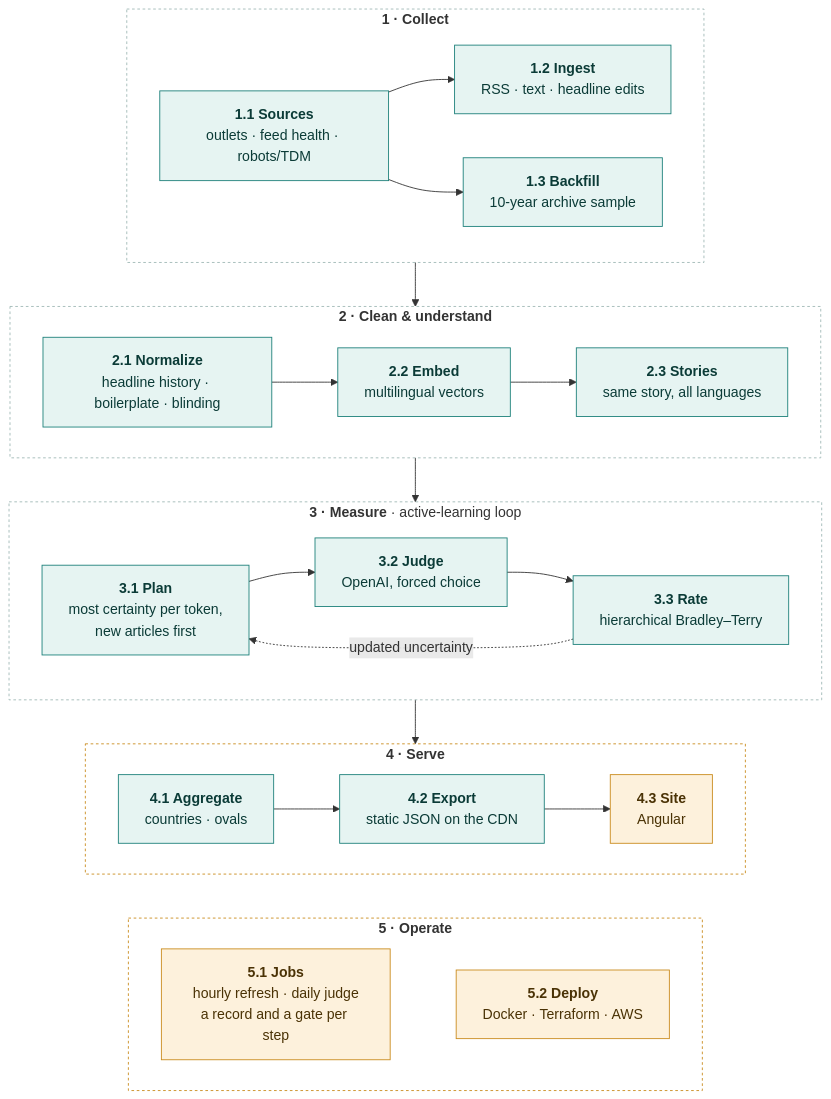
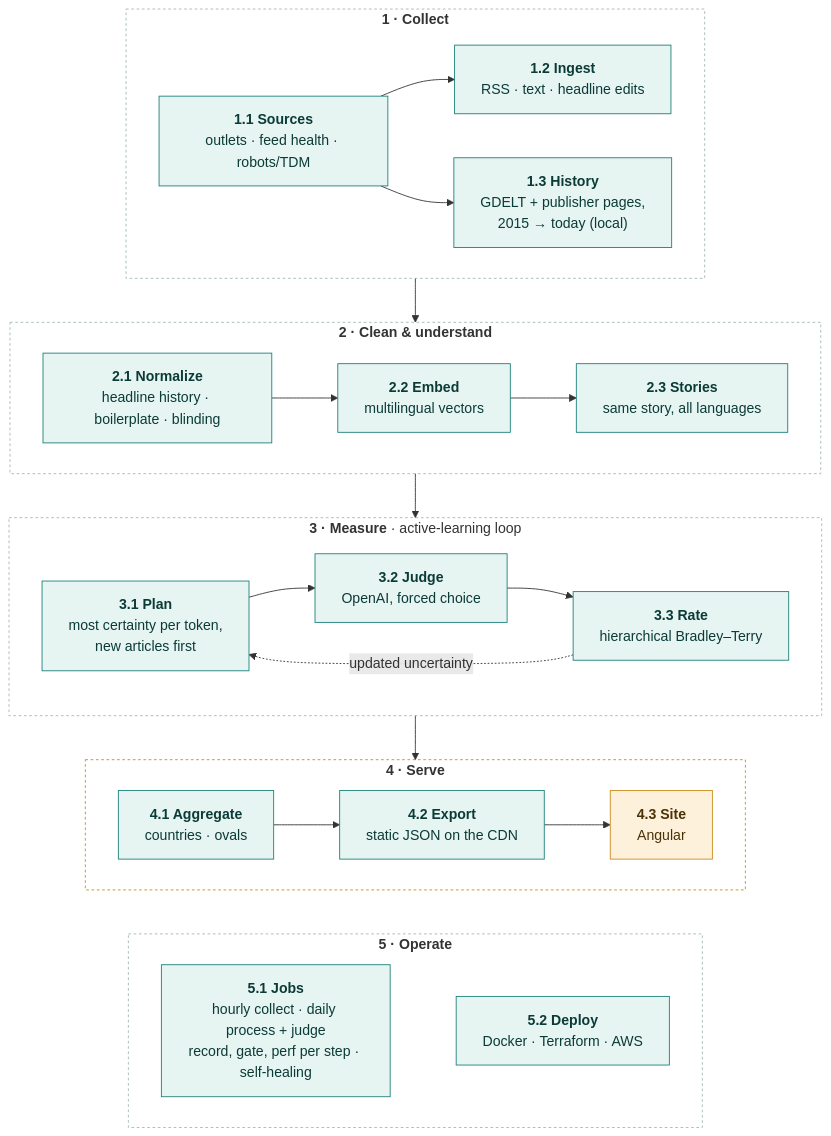
Before and after one commit to axelsolhall/BasedNews: the diagram in README.md, drawn with Mermaid. The commit also changed other lines of this file and 48 other files, not shown here.

````diff
--- a/README.md
+++ b/README.md
@@ -31,38 +32,38 @@
 ```mermaid
 flowchart TB
   subgraph S1["<b>1 · Collect</b>"]
     direction LR
     s11["<b>1.1 Sources</b><br/>outlets · feed health · robots/TDM"] --> s12["<b>1.2 Ingest</b><br/>RSS · text · headline edits"]
-    s11 --> s13["<b>1.3 Backfill</b><br/>10-year archive sample"]
+    s11 --> s13["<b>1.3 History</b><br/>GDELT + publisher pages,<br/>2015 → today (local)"]
   end
   subgraph S2["<b>2 · Clean & understand</b>"]
     direction LR
     s21["<b>2.1 Normalize</b><br/>headline history · boilerplate · blinding"] --> s22["<b>2.2 Embed</b><br/>multilingual vectors"] --> s23["<b>2.3 Stories</b><br/>same story, all languages"]
   end
   subgraph S3["<b>3 · Measure</b> · active-learning loop"]
     direction LR
     s31["<b>3.1 Plan</b><br/>most certainty per token,<br/>new articles first"] --> s32["<b>3.2 Judge</b><br/>OpenAI, forced choice"] --> s33["<b>3.3 Rate</b><br/>hierarchical Bradley–Terry"]
     s33 -. updated uncertainty .-> s31
   end
   subgraph S4["<b>4 · Serve</b>"]
     direction LR
     s41["<b>4.1 Aggregate</b><br/>countries · ovals"] --> s42["<b>4.2 Export</b><br/>static JSON on the CDN"] --> s43["<b>4.3 Site</b><br/>Angular"]
   end
   subgraph S5["<b>5 · Operate</b>"]
     direction LR
-    s51["<b>5.1 Jobs</b><br/>hourly refresh · daily judge<br/>a record and a gate per step"] ~~~ s52["<b>5.2 Deploy</b><br/>Docker · Terraform · AWS"]
+    s51["<b>5.1 Jobs</b><br/>hourly collect · daily process + judge<br/>record, gate, perf per step · self-healing"] ~~~ s52["<b>5.2 Deploy</b><br/>Docker · Terraform · AWS"]
   end
   S1 --> S2 --> S3 --> S4
   S4 ~~~ S5
 
   classDef real fill:#e6f4f2,stroke:#1b7f79,stroke-width:1px,color:#0b3b37
   classDef sim fill:#fdf1dc,stroke:#c98a1b,stroke-width:1px,color:#4a3205
   classDef todo fill:#f4f4f4,stroke:#8a8a8a,stroke-width:1px,stroke-dasharray:4 3,color:#555
-  class s11,s12,s13,s21,s22,s23,s31,s32,s33,s41,s42 real
-  class s43,s51,s52 sim
+  class s11,s12,s13,s21,s22,s23,s31,s32,s33,s41,s42,s51,s52 real
+  class s43 sim
   style S1 fill:transparent,stroke:#9fb8b5,stroke-dasharray:3 3
   style S2 fill:transparent,stroke:#9fb8b5,stroke-dasharray:3 3
   style S3 fill:transparent,stroke:#9fb8b5,stroke-dasharray:3 3
   style S4 fill:transparent,stroke:#c98a1b,stroke-dasharray:3 3
-  style S5 fill:transparent,stroke:#c98a1b,stroke-dasharray:3 3
+  style S5 fill:transparent,stroke:#9fb8b5,stroke-dasharray:3 3
 ```
````
